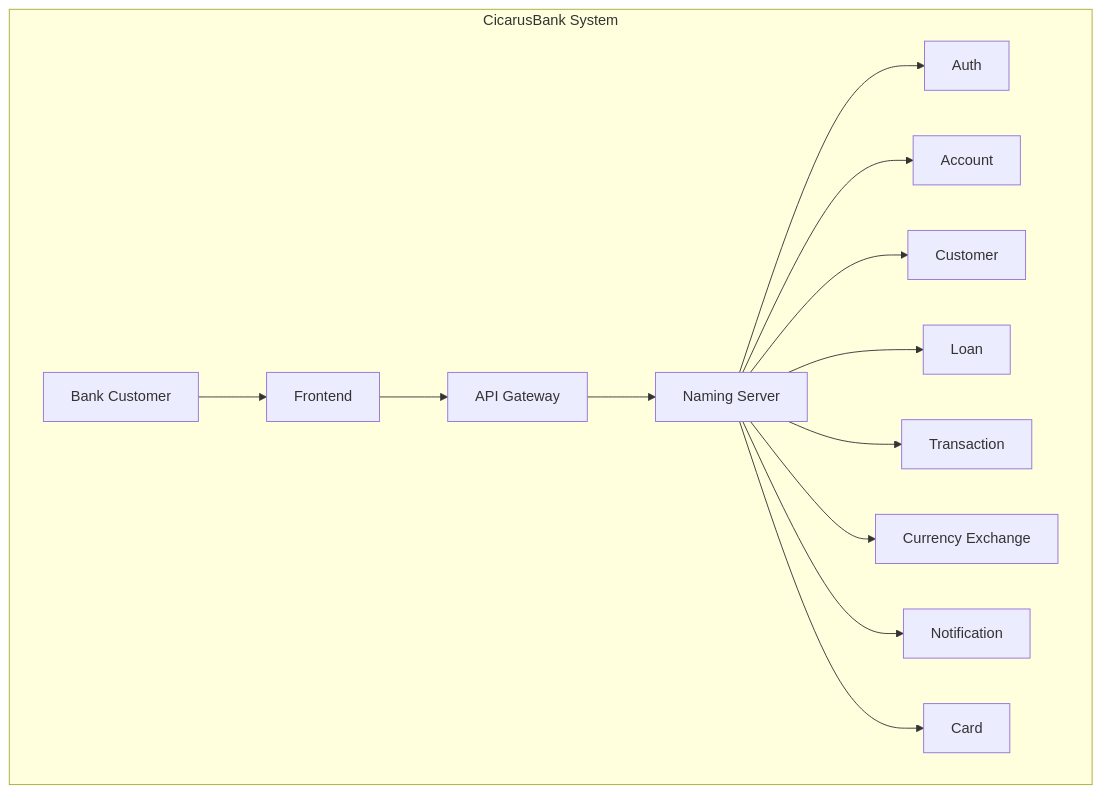
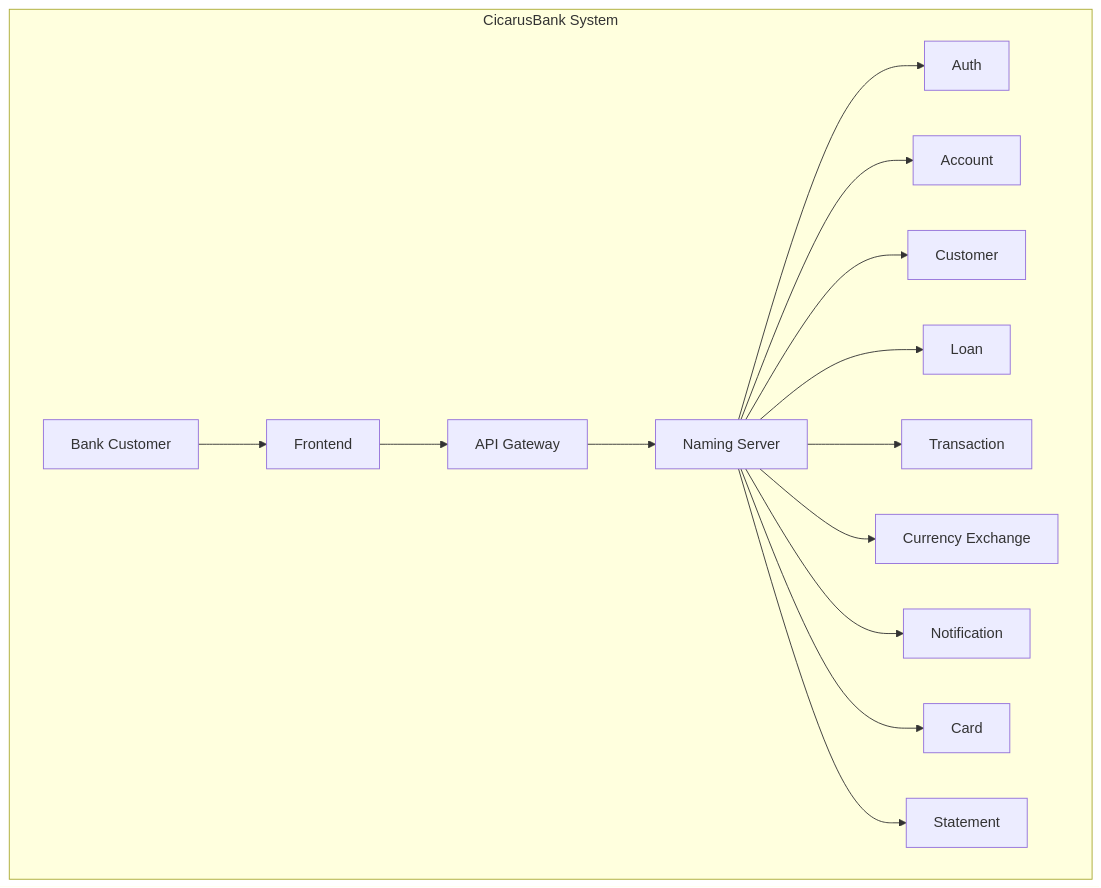
One commit to itiro-y/CicarusBank changed the diagram in README.md. Above: the diagram before and after it, drawn with Mermaid.

````diff
--- a/README.md
+++ b/README.md
@@ -27,31 +27,32 @@
 ```mermaid
 graph TD
     subgraph "CicarusBank System"
         user[Bank Customer]
         frontend[Frontend]
         api_gateway[API Gateway]
         auth_service[Auth]
         account_service[Account]
         customer_service[Customer]
         loan_service[Loan]
         transaction_service[Transaction]
         currency_exchange_service[Currency Exchange]
         notification_service[Notification]
         card_service[Card]
         naming_server[Naming Server]
+        statement_service[Statement]
     end
 
     user --> frontend
     frontend --> api_gateway
     api_gateway --> naming_server
 
     naming_server --> auth_service
     naming_server --> account_service
     naming_server --> customer_service
     naming_server --> loan_service
     naming_server --> transaction_service
     naming_server --> currency_exchange_service
     naming_server --> notification_service
     naming_server --> card_service
-    
+    naming_server --> statement_service
 ```
````
